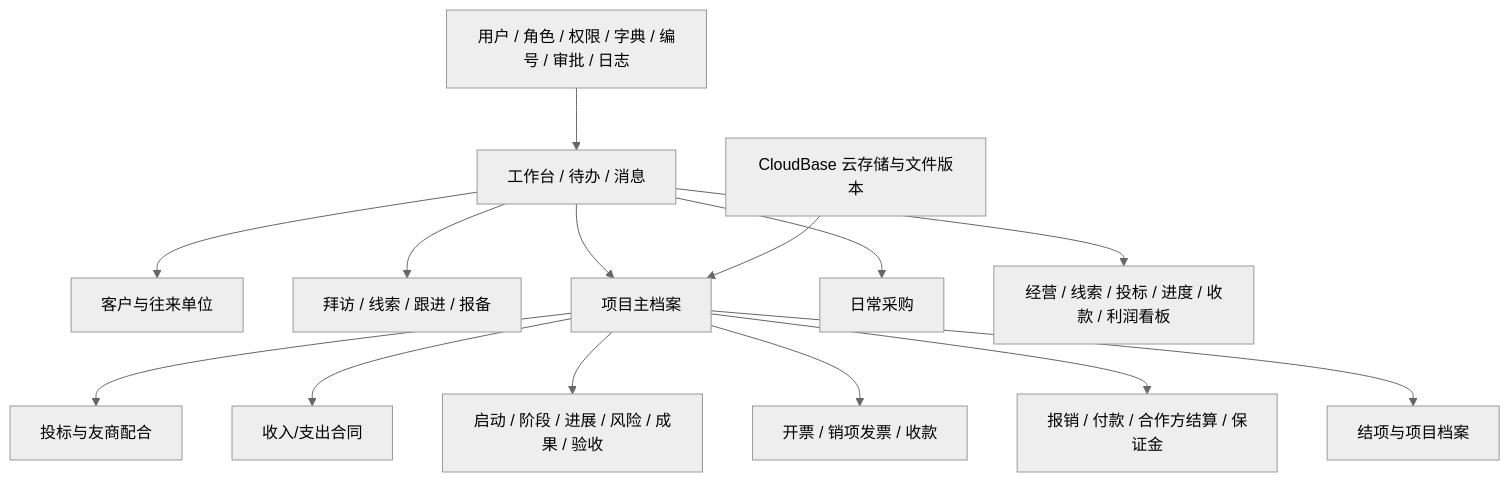
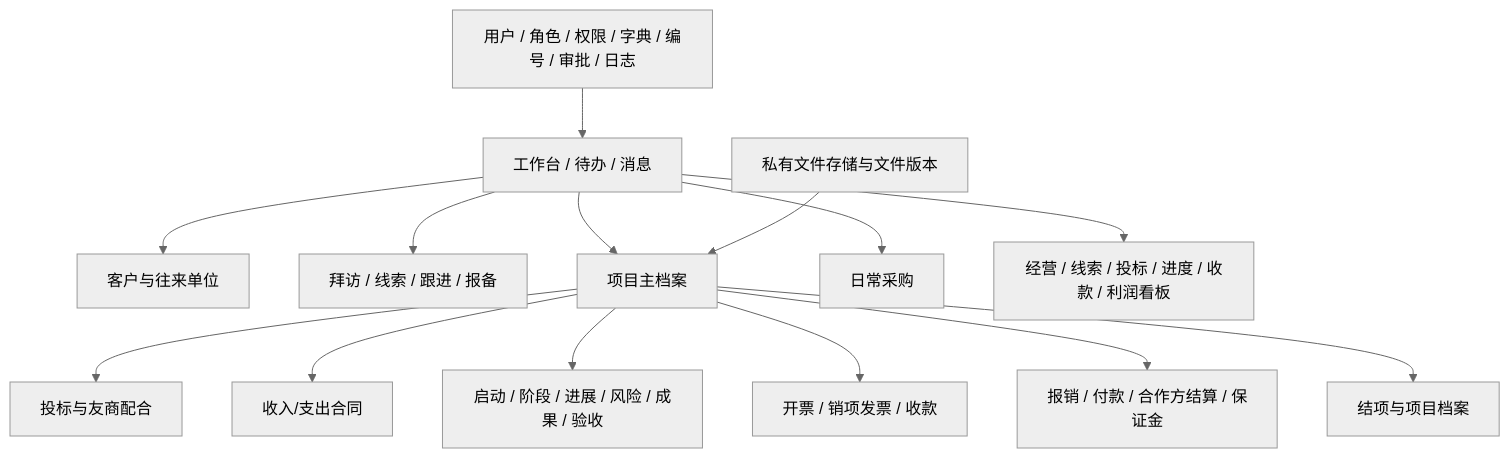
One commit to xiufengdong169-del/zkgl changed the first of 4 diagrams in 需求评审修订基线_V2.2.md. Above: the diagram before and after it, drawn with Mermaid (neutral theme). The commit also changed other lines of this file and 6 other files, not shown here.

````diff
--- a/需求评审修订基线_V2.2.md
+++ b/需求评审修订基线_V2.2.md
@@ -31,16 +31,16 @@
 ```mermaid
 flowchart TB
   W[工作台 / 待办 / 消息] --> CRM[客户与往来单位]
   W --> MKT[拜访 / 线索 / 跟进 / 报备]
   W --> PRJ[项目主档案]
   PRJ --> BID[投标与友商配合]
   PRJ --> CON[收入/支出合同]
   PRJ --> DEL[启动 / 阶段 / 进展 / 风险 / 成果 / 验收]
   PRJ --> REV[开票 / 销项发票 / 收款]
   PRJ --> COST[报销 / 付款 / 合作方结算 / 保证金]
   PRJ --> CLOSE[结项与项目档案]
   W --> BUY[日常采购]
   W --> BI[经营 / 线索 / 投标 / 进度 / 收款 / 利润看板]
   SYS[用户 / 角色 / 权限 / 字典 / 编号 / 审批 / 日志] --> W
-  FILE[CloudBase 云存储与文件版本] --> PRJ
+  FILE[私有文件存储与文件版本] --> PRJ
 ```
````
